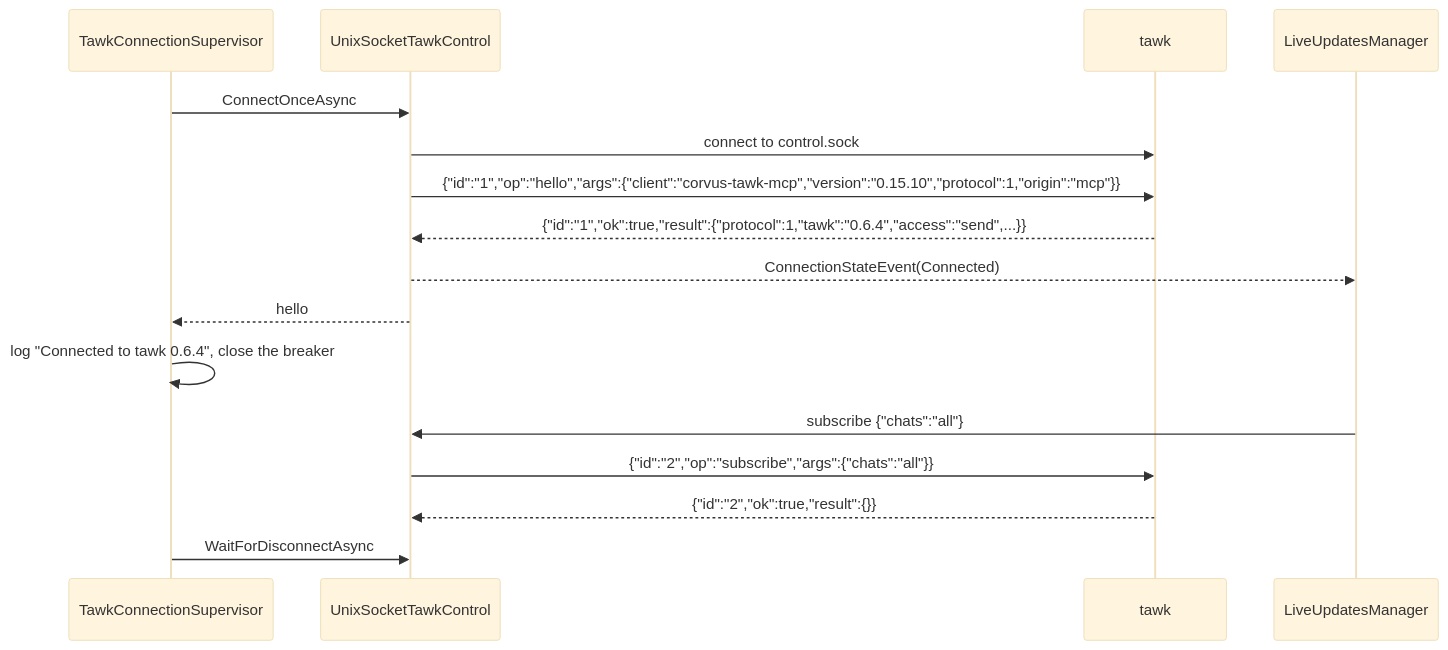
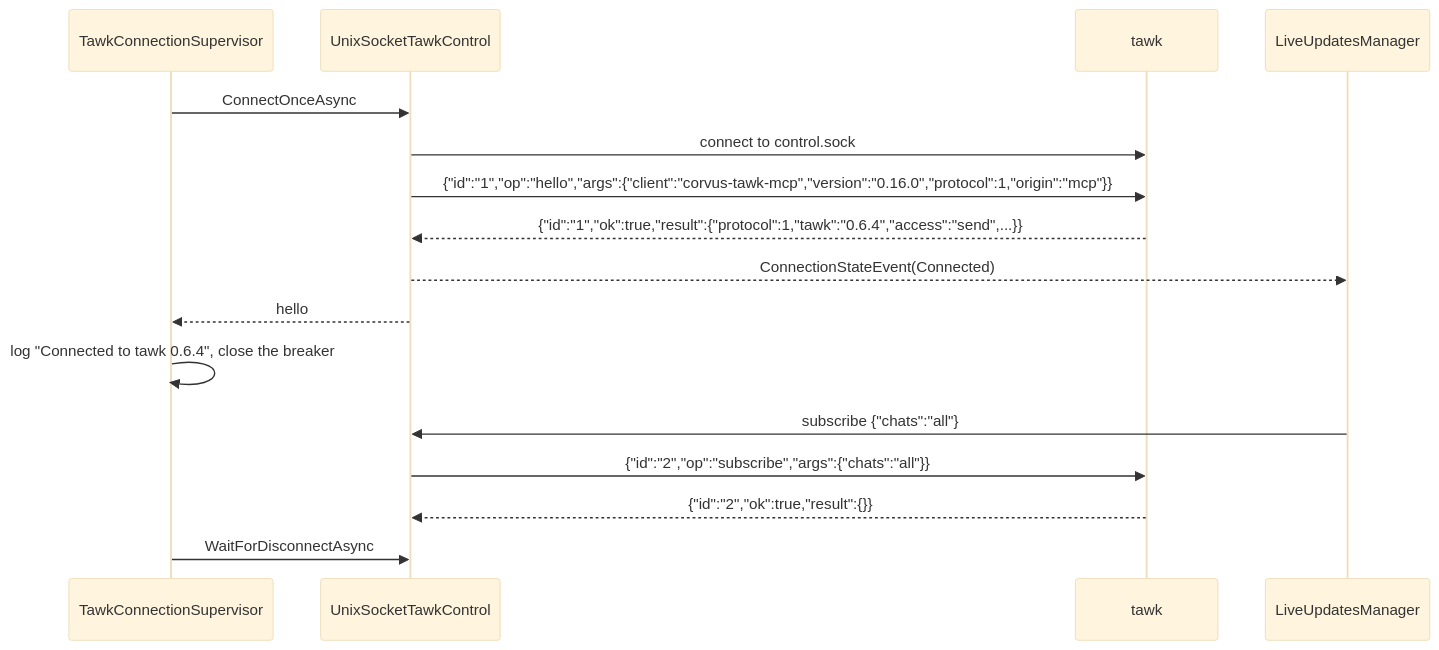
Before and after one commit to loganventer/Corvus.Mcp.Server.Tawk: the first of 14 diagrams in HOW_IT_WORKS.md, drawn with Mermaid (base theme). The commit also changed 24 other files, not shown here.

````diff
--- a/HOW_IT_WORKS.md
+++ b/HOW_IT_WORKS.md
@@ -35,19 +35,19 @@
 ```mermaid
 sequenceDiagram
     participant S as TawkConnectionSupervisor
     participant C as UnixSocketTawkControl
     participant T as tawk
     participant L as LiveUpdatesManager
 
     S->>C: ConnectOnceAsync
     C->>T: connect to control.sock
-    C->>T: {"id":"1","op":"hello","args":{"client":"corvus-tawk-mcp","version":"0.15.10","protocol":1,"origin":"mcp"}}
+    C->>T: {"id":"1","op":"hello","args":{"client":"corvus-tawk-mcp","version":"0.16.0","protocol":1,"origin":"mcp"}}
     T-->>C: {"id":"1","ok":true,"result":{"protocol":1,"tawk":"0.6.4","access":"send",...}}
     C-->>L: ConnectionStateEvent(Connected)
     C-->>S: hello
     S->>S: log "Connected to tawk 0.6.4", close the breaker
     L->>C: subscribe {"chats":"all"}
     C->>T: {"id":"2","op":"subscribe","args":{"chats":"all"}}
     T-->>C: {"id":"2","ok":true,"result":{}}
     S->>C: WaitForDisconnectAsync
 ```
````
